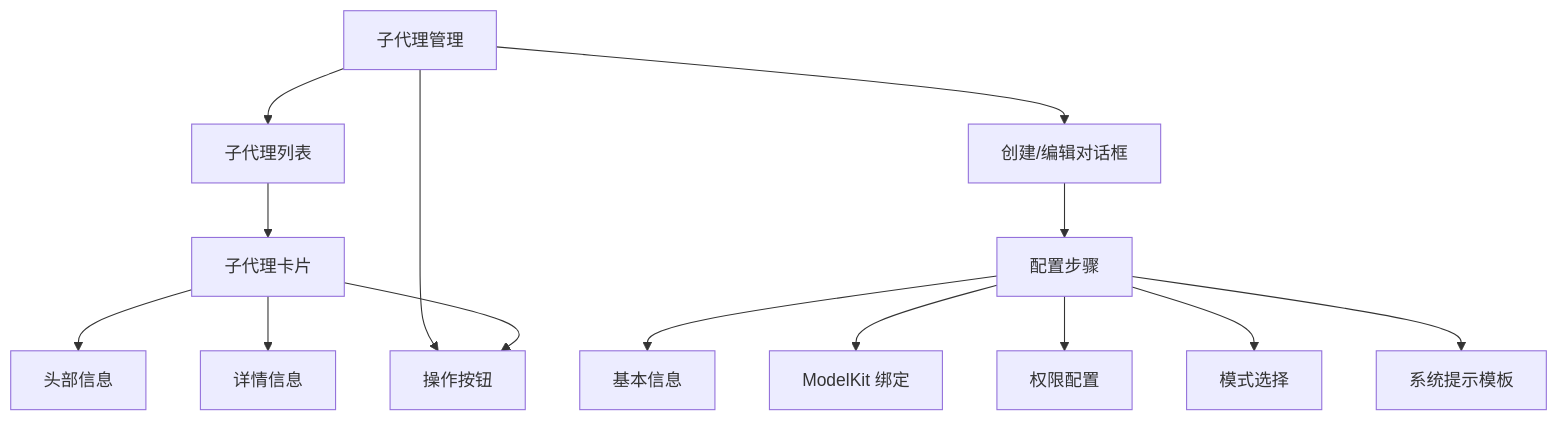
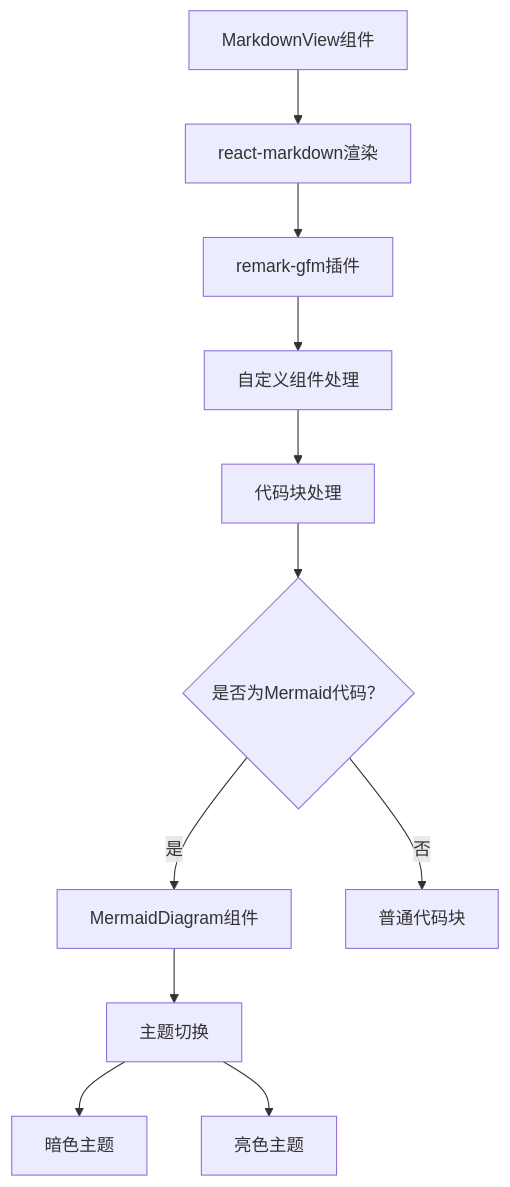
Before and after one commit to coconilu/RepoHelm: the tenth of 14 diagrams in .qoder/repowiki/zh/content/Web 前端应用/Web 前端应用.md, drawn with Mermaid. The commit also changed other lines of this file and 9 other files, not shown here.

First line of the commit message:
docs(zh): add KnowledgeCenter, Markdown & Mermaid

````diff
--- a/.qoder/repowiki/zh/content/Web 前端应用/Web 前端应用.md
+++ b/.qoder/repowiki/zh/content/Web 前端应用/Web 前端应用.md
@@ -432,16 +543,13 @@
 ```mermaid
 flowchart TD
-SubAgent["子代理管理"] --> List["子代理列表"]
-SubAgent --> Dialog["创建/编辑对话框"]
-SubAgent --> Actions["操作按钮"]
-List --> Card["子代理卡片"]
-Card --> Header["头部信息"]
-Card --> Details["详情信息"]
-Card --> Actions["操作按钮"]
-Dialog --> Steps["配置步骤"]
-Steps --> Basic["基本信息"]
-Steps --> Kit["ModelKit 绑定"]
-Steps --> Permissions["权限配置"]
-Steps --> Mode["模式选择"]
-Steps --> Prompt["系统提示模板"]
+MarkdownView["MarkdownView组件"] --> ReactMarkdown["react-markdown渲染"]
+ReactMarkdown --> RemarkGfm["remark-gfm插件"]
+RemarkGfm --> CustomComponents["自定义组件处理"]
+CustomComponents --> CodeBlock["代码块处理"]
+CodeBlock --> MermaidCheck{"是否为Mermaid代码？"}
+MermaidCheck --> |是| MermaidDiagram["MermaidDiagram组件"]
+MermaidCheck --> |否| NormalCode["普通代码块"]
+MermaidDiagram --> ThemeSwitch["主题切换"]
+ThemeSwitch --> DarkTheme["暗色主题"]
+ThemeSwitch --> LightTheme["亮色主题"]
 ```
````
